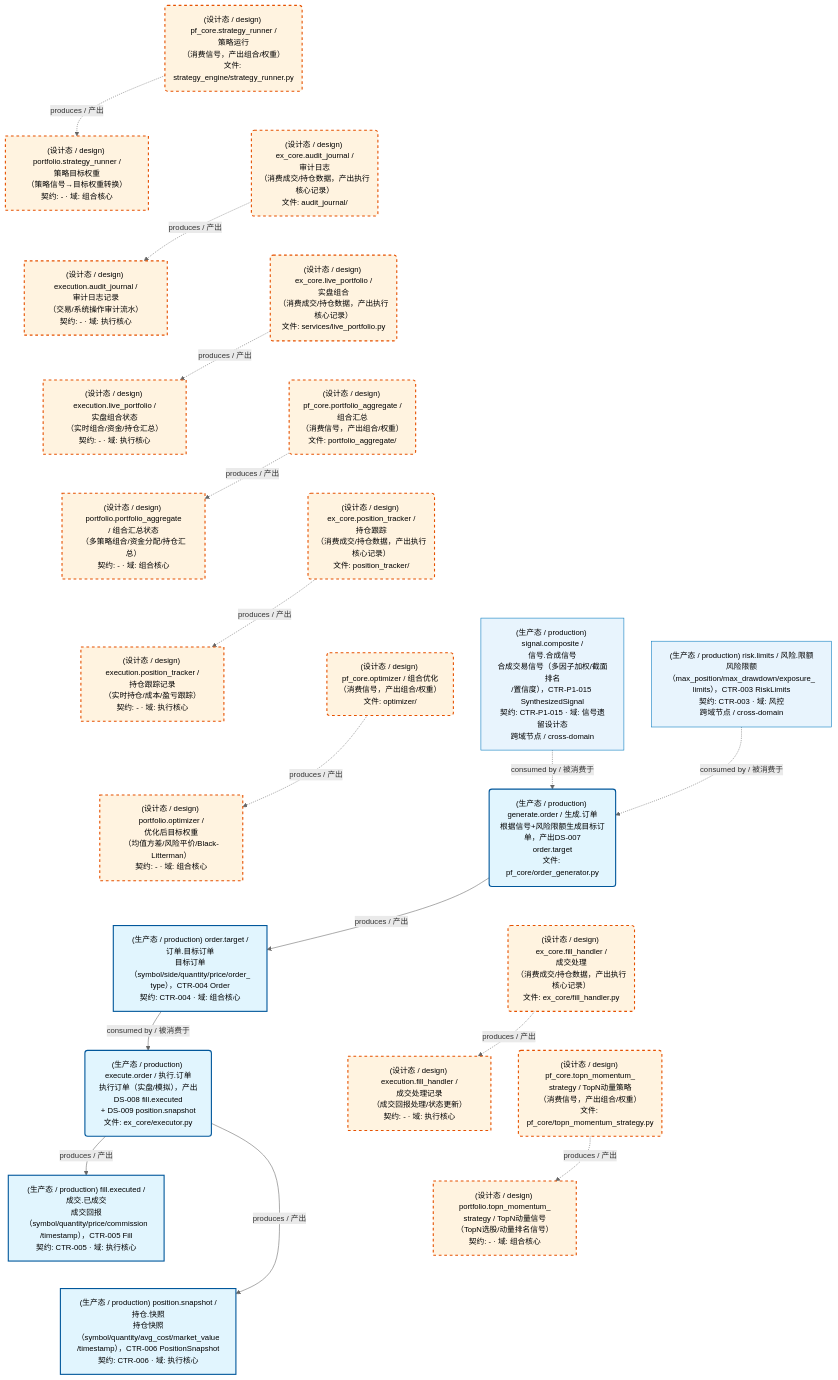
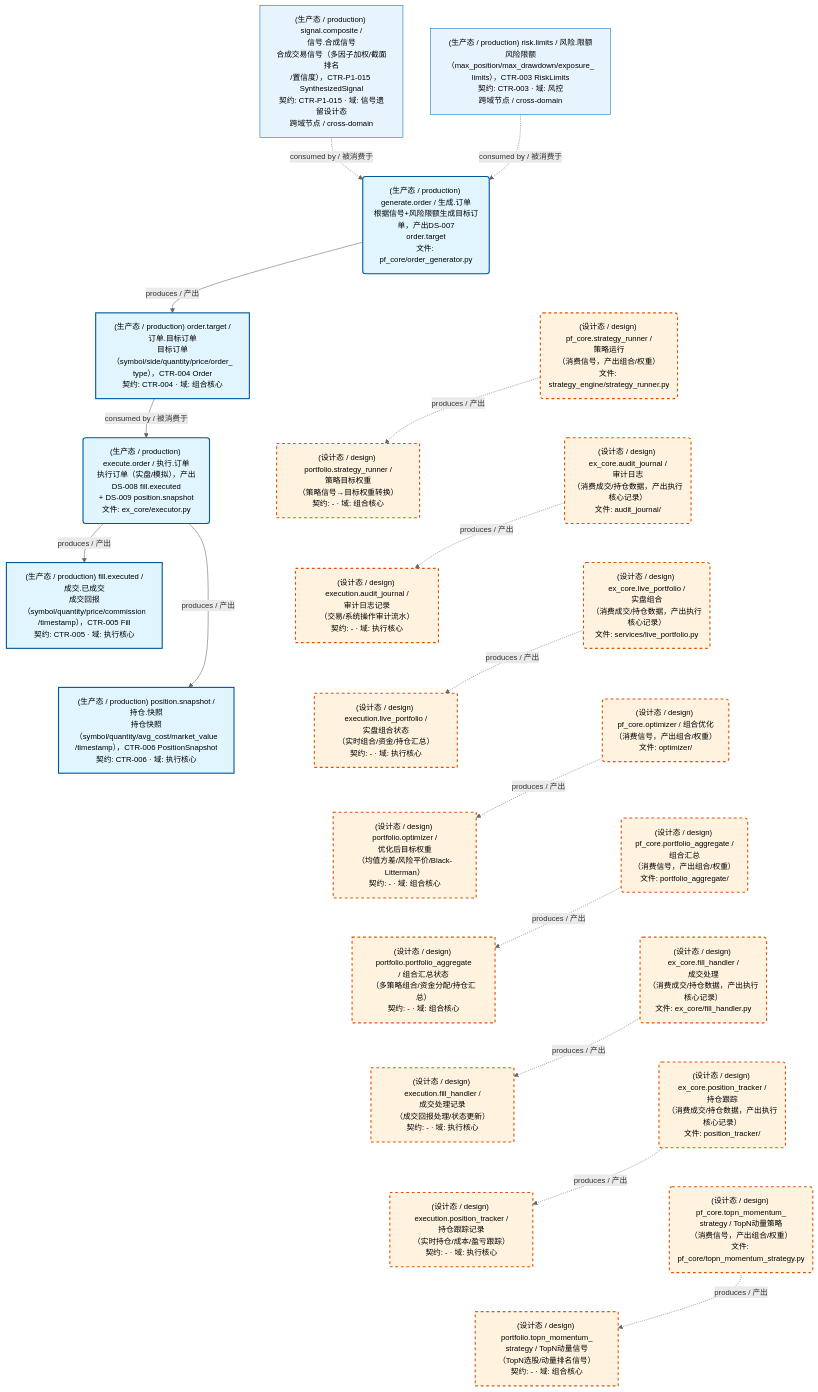
The first of 3 diagrams in docs/02_enterprise_architecture/05_dataflow_architecture/d_ex_pf_core.md (xuanFelixVan/ZephyrAlpha), drawn with Mermaid before and after one commit. The commit also changed other lines of this file and 106 other files, not shown here.

````diff
--- a/docs/02_enterprise_architecture/05_dataflow_architecture/d_ex_pf_core.md
+++ b/docs/02_enterprise_architecture/05_dataflow_architecture/d_ex_pf_core.md
@@ -50,65 +50,65 @@
 ```mermaid
 %%{init: {'theme': 'base', 'themeVariables': {'primaryColor': '#eaeaea', 'primaryTextColor': '#333333', 'primaryBorderColor': '#666666', 'lineColor': '#666666', 'secondaryColor': '#eaeaea', 'tertiaryColor': '#eaeaea', 'clusterBkg': 'transparent', 'clusterBorder': 'transparent', 'fontSize': '14px'}}}%%
 flowchart TD
     DS11263["(设计态 / design) execution.audit_journal /<br/>审计日志记录<br/>（交易/系统操作审计流水）<br/>契约: - · 域: 执行核心"]
     DS11264["(设计态 / design) execution.fill_handler /<br/>成交处理记录<br/>（成交回报处理/状态更新）<br/>契约: - · 域: 执行核心"]
     DS11266["(设计态 / design) execution.live_portfolio /<br/>实盘组合状态<br/>（实时组合/资金/持仓汇总）<br/>契约: - · 域: 执行核心"]
     DS11265["(设计态 / design) execution.position_tracker /<br/>持仓跟踪记录<br/>（实时持仓/成本/盈亏跟踪）<br/>契约: - · 域: 执行核心"]
-    DS22758["(生产态 / production) fill.executed /<br/>成交.已成交<br/>成交回报（symbol/quantity/price/commission<br/>/timestamp），CTR-005 Fill<br/>契约: CTR-005 · 域: 执行核心"]
-    DS22757["(生产态 / production) order.target /<br/>订单.目标订单<br/>目标订单（symbol/side/quantity/price/order_<br/>type），CTR-004 Order<br/>契约: CTR-004 · 域: 组合核心"]
+    DS26330["(生产态 / production) fill.executed /<br/>成交.已成交<br/>成交回报（symbol/quantity/price/commission<br/>/timestamp），CTR-005 Fill<br/>契约: CTR-005 · 域: 执行核心"]
+    DS26329["(生产态 / production) order.target /<br/>订单.目标订单<br/>目标订单（symbol/side/quantity/price/order_<br/>type），CTR-004 Order<br/>契约: CTR-004 · 域: 组合核心"]
     DS11267["(设计态 / design) portfolio.optimizer /<br/>优化后目标权重<br/>（均值方差/风险平价/Black-Litterman）<br/>契约: - · 域: 组合核心"]
     DS11268["(设计态 / design) portfolio.portfolio_aggregate<br/>/ 组合汇总状态<br/>（多策略组合/资金分配/持仓汇总）<br/>契约: - · 域: 组合核心"]
     DS11269["(设计态 / design) portfolio.strategy_runner /<br/>策略目标权重<br/>（策略信号→目标权重转换）<br/>契约: - · 域: 组合核心"]
     DS11270["(设计态 / design) portfolio.topn_momentum_<br/>strategy / TopN动量信号<br/>（TopN选股/动量排名信号）<br/>契约: - · 域: 组合核心"]
-    DS22759["(生产态 / production) position.snapshot /<br/>持仓.快照<br/>持仓快照（symbol/quantity/avg_cost/market_value<br/>/timestamp），CTR-006 PositionSnapshot<br/>契约: CTR-006 · 域: 执行核心"]
+    DS26331["(生产态 / production) position.snapshot /<br/>持仓.快照<br/>持仓快照（symbol/quantity/avg_cost/market_value<br/>/timestamp），CTR-006 PositionSnapshot<br/>契约: CTR-006 · 域: 执行核心"]
     JOB757627("(设计态 / design) ex_core.audit_journal /<br/>审计日志<br/>（消费成交/持仓数据，产出执行核心记录）<br/>文件: audit_journal/")
     JOB757628("(设计态 / design) ex_core.fill_handler /<br/>成交处理<br/>（消费成交/持仓数据，产出执行核心记录）<br/>文件: ex_core/fill_handler.py")
     JOB757630("(设计态 / design) ex_core.live_portfolio /<br/>实盘组合<br/>（消费成交/持仓数据，产出执行核心记录）<br/>文件: services/live_portfolio.py")
     JOB757629("(设计态 / design) ex_core.position_tracker /<br/>持仓跟踪<br/>（消费成交/持仓数据，产出执行核心记录）<br/>文件: position_tracker/")
-    JOB1023261("(生产态 / production) execute.order / 执行.订单<br/>执行订单（实盘/模拟），产出DS-008 fill.executed<br/>+ DS-009 position.snapshot<br/>文件: ex_core/executor.py")
-    JOB1023260("(生产态 / production) generate.order / 生成.订单<br/>根据信号+风险限额生成目标订单，产出DS-007<br/>order.target<br/>文件: pf_core/order_generator.py")
+    JOB1064882("(生产态 / production) execute.order / 执行.订单<br/>执行订单（实盘/模拟），产出DS-008 fill.executed<br/>+ DS-009 position.snapshot<br/>文件: ex_core/executor.py")
+    JOB1064881("(生产态 / production) generate.order / 生成.订单<br/>根据信号+风险限额生成目标订单，产出DS-007<br/>order.target<br/>文件: pf_core/order_generator.py")
     JOB757631("(设计态 / design) pf_core.optimizer / 组合优化<br/>（消费信号，产出组合/权重）<br/>文件: optimizer/")
     JOB757632("(设计态 / design) pf_core.portfolio_aggregate /<br/>组合汇总<br/>（消费信号，产出组合/权重）<br/>文件: portfolio_aggregate/")
     JOB757633("(设计态 / design) pf_core.strategy_runner /<br/>策略运行<br/>（消费信号，产出组合/权重）<br/>文件: strategy_engine/strategy_runner.py")
     JOB757634("(设计态 / design) pf_core.topn_momentum_<br/>strategy / TopN动量策略<br/>（消费信号，产出组合/权重）<br/>文件: pf_core/topn_momentum_strategy.py")
-    DS22755["(生产态 / production) signal.composite /<br/>信号.合成信号<br/>合成交易信号（多因子加权/截面排名<br/>/置信度），CTR-P1-015 SynthesizedSignal<br/>契约: CTR-P1-015 · 域: 信号遗留设计态<br/>跨域节点 / cross-domain"]
-    DS22756["(生产态 / production) risk.limits / 风险.限额<br/>风险限额（max_position/max_drawdown/exposure_<br/>limits），CTR-003 RiskLimits<br/>契约: CTR-003 · 域: 风控<br/>跨域节点 / cross-domain"]
+    DS26327["(生产态 / production) signal.composite /<br/>信号.合成信号<br/>合成交易信号（多因子加权/截面排名<br/>/置信度），CTR-P1-015 SynthesizedSignal<br/>契约: CTR-P1-015 · 域: 信号遗留设计态<br/>跨域节点 / cross-domain"]
+    DS26328["(生产态 / production) risk.limits / 风险.限额<br/>风险限额（max_position/max_drawdown/exposure_<br/>limits），CTR-003 RiskLimits<br/>契约: CTR-003 · 域: 风控<br/>跨域节点 / cross-domain"]
     JOB757627 -.->|produces / 产出| DS11263
     JOB757628 -.->|produces / 产出| DS11264
     JOB757629 -.->|produces / 产出| DS11265
     JOB757630 -.->|produces / 产出| DS11266
     JOB757631 -.->|produces / 产出| DS11267
     JOB757632 -.->|produces / 产出| DS11268
     JOB757633 -.->|produces / 产出| DS11269
     JOB757634 -.->|produces / 产出| DS11270
-    JOB1023260 -->|produces / 产出| DS22757
-    JOB1023261 -->|produces / 产出| DS22758
-    JOB1023261 -->|produces / 产出| DS22759
-    DS22755 -.->|consumed by / 被消费于| JOB1023260
-    DS22756 -.->|consumed by / 被消费于| JOB1023260
-    DS22757 -->|consumed by / 被消费于| JOB1023261
+    JOB1064881 -->|produces / 产出| DS26329
+    JOB1064882 -->|produces / 产出| DS26330
+    JOB1064882 -->|produces / 产出| DS26331
+    DS26327 -.->|consumed by / 被消费于| JOB1064881
+    DS26328 -.->|consumed by / 被消费于| JOB1064881
+    DS26329 -->|consumed by / 被消费于| JOB1064882
+    JOB1064881 ~~~ JOB757633
     JOB757633 ~~~ JOB757627
     JOB757627 ~~~ JOB757630
-    JOB757630 ~~~ JOB757632
-    JOB757632 ~~~ JOB757629
-    JOB757629 ~~~ JOB757631
-    JOB757631 ~~~ JOB1023260
-    JOB1023260 ~~~ JOB757628
-    JOB757628 ~~~ JOB757634
+    JOB757630 ~~~ JOB757631
+    JOB757631 ~~~ JOB757632
+    JOB757632 ~~~ JOB757628
+    JOB757628 ~~~ JOB757629
+    JOB757629 ~~~ JOB757634
+    DS26329 ~~~ DS11269
     DS11269 ~~~ DS11263
     DS11263 ~~~ DS11266
-    DS11266 ~~~ DS11268
-    DS11268 ~~~ DS11265
-    DS11265 ~~~ DS11267
-    DS11267 ~~~ DS22757
-    DS22757 ~~~ DS11264
-    DS11264 ~~~ DS11270
-    DS22758 ~~~ DS22759
+    DS11266 ~~~ DS11267
+    DS11267 ~~~ DS11268
+    DS11268 ~~~ DS11264
+    DS11264 ~~~ DS11265
+    DS11265 ~~~ DS11270
+    DS26330 ~~~ DS26331
     classDef production fill:#e1f5fe,stroke:#01579b,stroke-width:2px,color:#000
     classDef design fill:#fff3e0,stroke:#e65100,stroke-width:2px,color:#000,stroke-dasharray: 5 5
     classDef external_prod fill:#e8f4fd,stroke:#0277bd,stroke-width:1px,color:#000
     classDef external_design fill:#fff8e7,stroke:#ef6c00,stroke-width:1px,color:#000,stroke-dasharray: 5 5
-    class DS22758,DS22757,DS22759,JOB1023261,JOB1023260 production
+    class DS26330,DS26329,DS26331,JOB1064882,JOB1064881 production
     class DS11263,DS11264,DS11266,DS11265,DS11267,DS11268,DS11269,DS11270,JOB757627,JOB757628,JOB757630,JOB757629,JOB757631,JOB757632,JOB757633,JOB757634 design
-    class DS22755,DS22756 external_prod
+    class DS26327,DS26328 external_prod
 ```
````
